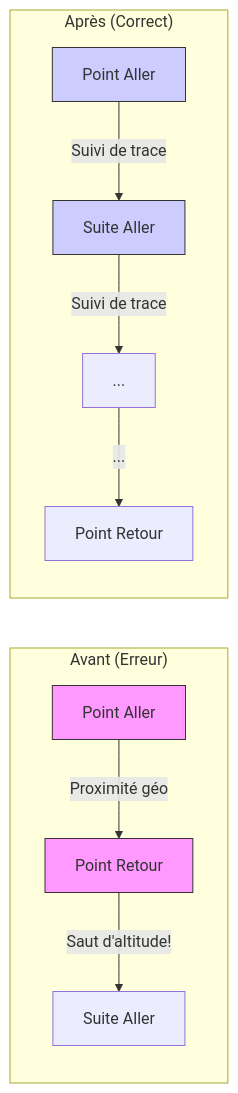
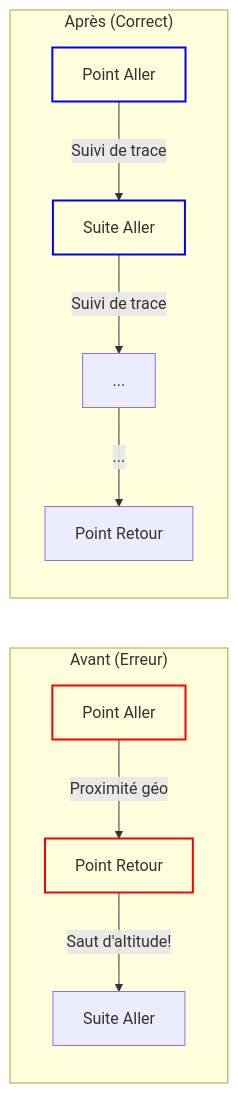
The fifth of 5 diagrams in docs/DocAnnexe/AltitudeAlgo.md (JMBaubet/VisuGPS), drawn with Mermaid before and after one commit. The commit also changed other lines of this file and 1 other file, not shown here.

First line of the commit message:
docs/DocAnnexe: Amélioration de la lisibilité des diagrammes Mermaid (Mode Sombre/Clair)

````diff
--- a/docs/DocAnnexe/AltitudeAlgo.md
+++ b/docs/DocAnnexe/AltitudeAlgo.md
@@ -107,18 +110,18 @@
 ```mermaid
 graph LR
     subgraph "Avant (Erreur)"
     A[Point Aller] -->|Proximité géo| B[Point Retour]
     B -->|Saut d'altitude!| C[Suite Aller]
     end
     
     subgraph "Après (Correct)"
     D[Point Aller] -->|Suivi de trace| E[Suite Aller]
     E -->|Suivi de trace| F[...]
     F -->|...| G[Point Retour]
     end
     
-    style A fill:#f9f,stroke:#333
-    style B fill:#f9f,stroke:#333
-    style D fill:#ccf,stroke:#333
-    style E fill:#ccf,stroke:#333
+    style A stroke:#ff0000,stroke-width:2px,fill:none
+    style B stroke:#ff0000,stroke-width:2px,fill:none
+    style D stroke:#0000ff,stroke-width:2px,fill:none
+    style E stroke:#0000ff,stroke-width:2px,fill:none
 ```
````
